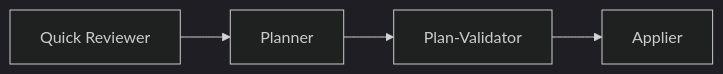
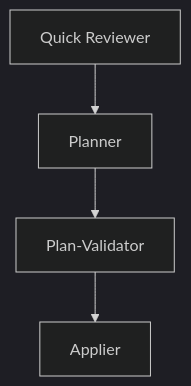
The second of 2 diagrams in README.md (mechanai/deepreview), drawn with Mermaid (dark theme) before and after one commit. The commit also changed other lines of this file, not shown here.

First line of the commit message:
docs(readme): switch pipeline diagrams to vertical layout for legibility

````diff
--- a/README.md
+++ b/README.md
@@ -102,6 +90,6 @@
 ```mermaid
-graph LR
+flowchart TB
     QR[Quick Reviewer] --> P[Planner]
     P --> PV[Plan-Validator]
     PV --> A[Applier]
 ```
````
